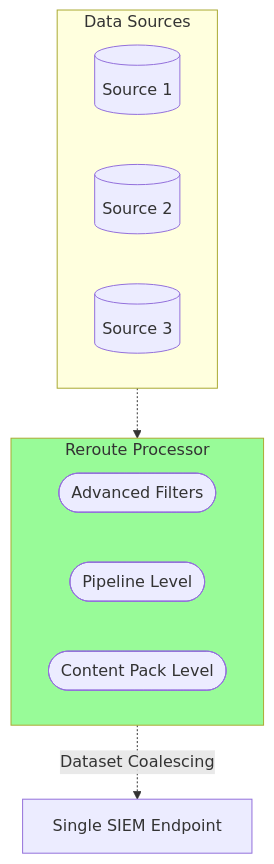
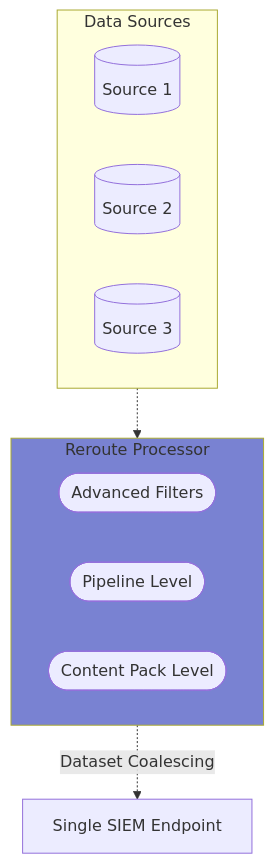
The sixth of 8 diagrams in docs/features.mdx (VirtualMetric/virtualmetric-docs), drawn with Mermaid before and after one commit. The commit also changed other lines of this file and 1 other file, not shown here.

````diff
--- a/docs/features.mdx
+++ b/docs/features.mdx
@@ -281,19 +283,19 @@
 ```mermaid
 graph TD
     subgraph Sources[Data Sources]
         S1[(Source 1)]
         S2[(Source 2)]
         S3[(Source 3)]
     end
     
     subgraph Routing[Reroute Processor]
         F([Advanced Filters])
         P([Pipeline Level])
         C([Content Pack Level])
     end
     
     Sources -.-> Routing
     Routing -.-> |Dataset Coalescing| SIEM[Single SIEM Endpoint]
     
-    style Routing fill:#98FB98
+    style Routing fill:#7982D2
 ```
````
